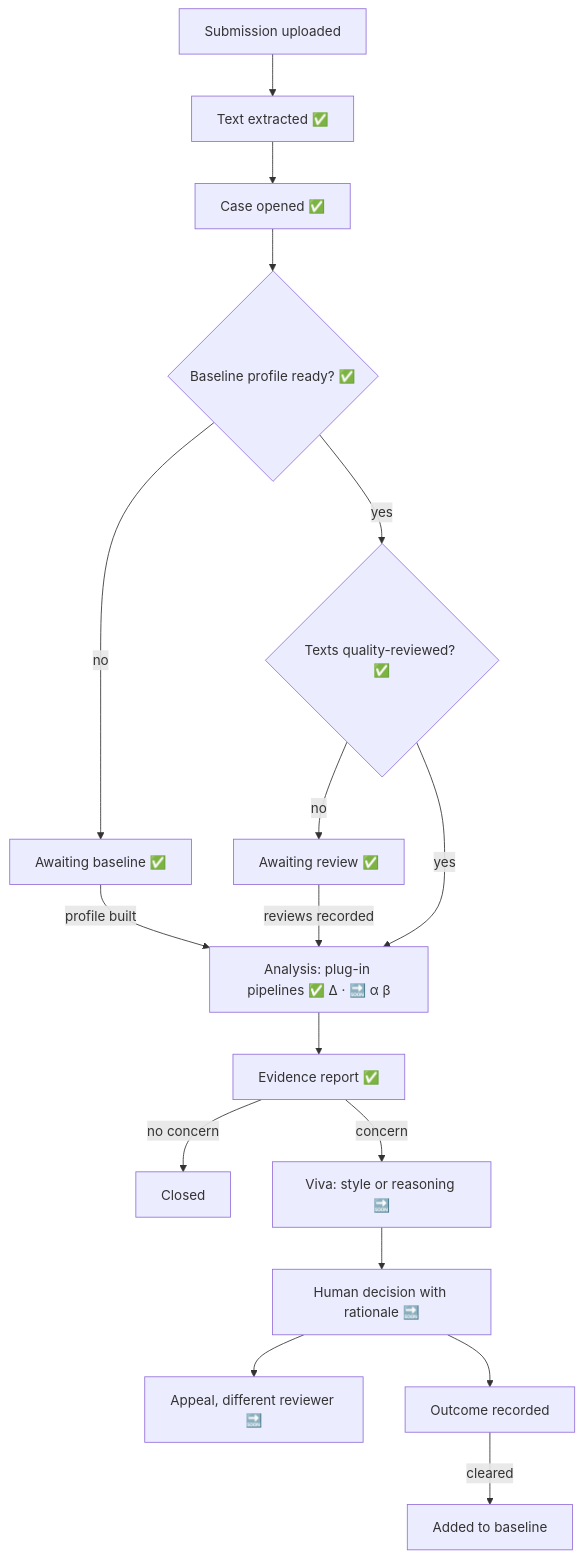
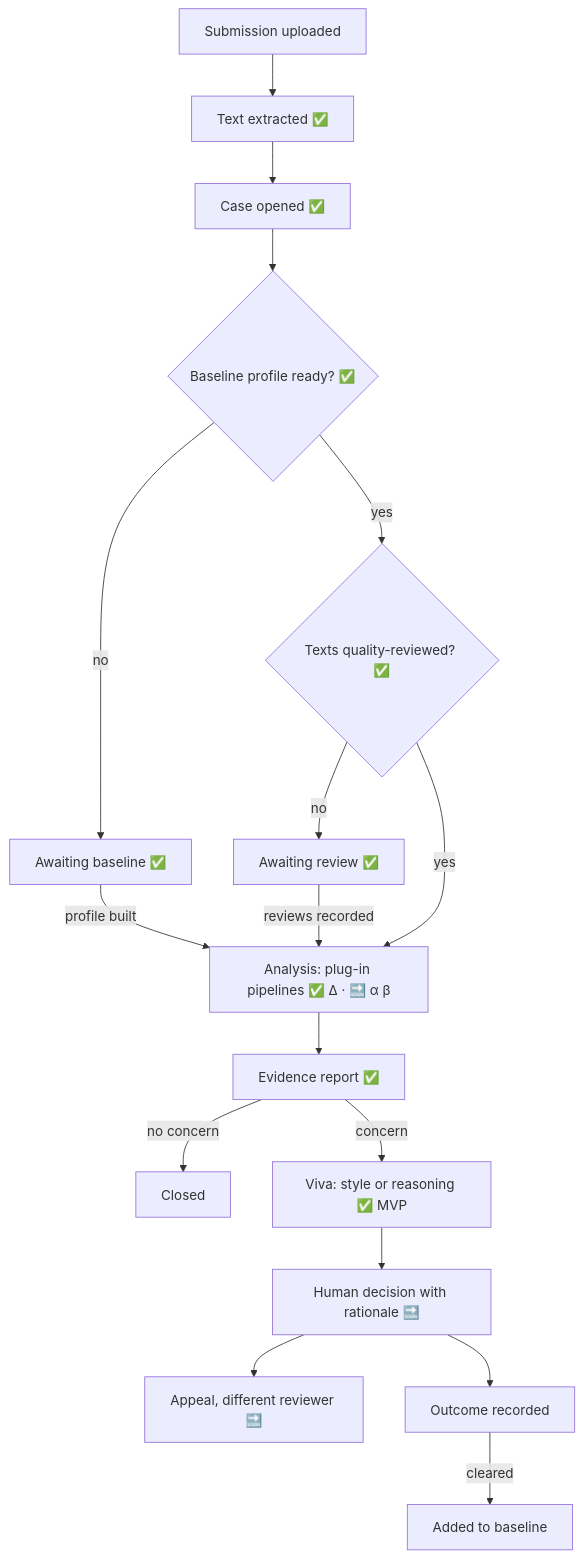
One commit to hung-viskopic/ViskopicWebsite changed the first of 4 diagrams in docs/design.md. Above: the diagram before and after it, drawn with Mermaid. The commit also changed other lines of this file and 27 other files, not shown here.

Commit message:
Viva proctoring MVP

````diff
--- a/docs/design.md
+++ b/docs/design.md
@@ -22,19 +22,19 @@
 ```mermaid
 flowchart TD
     A[Submission uploaded] --> B[Text extracted ✅]
     B --> CS[Case opened ✅]
     CS --> C{Baseline profile ready? ✅}
     C -- no --> W[Awaiting baseline ✅]
     W -- profile built --> D
     C -- yes --> QR{Texts quality-reviewed? ✅}
     QR -- no --> RV[Awaiting review ✅]
     RV -- reviews recorded --> D
     QR -- yes --> D[Analysis: plug-in pipelines ✅ Δ · 🔜 α β]
     D --> E[Evidence report ✅]
     E -- no concern --> X[Closed]
-    E -- concern --> F[Viva: style or reasoning 🔜]
+    E -- concern --> F[Viva: style or reasoning ✅ MVP]
     F --> G[Human decision with rationale 🔜]
     G --> H[Appeal, different reviewer 🔜]
     G --> I[Outcome recorded]
     I -- cleared --> J[Added to baseline]
 ```
````
